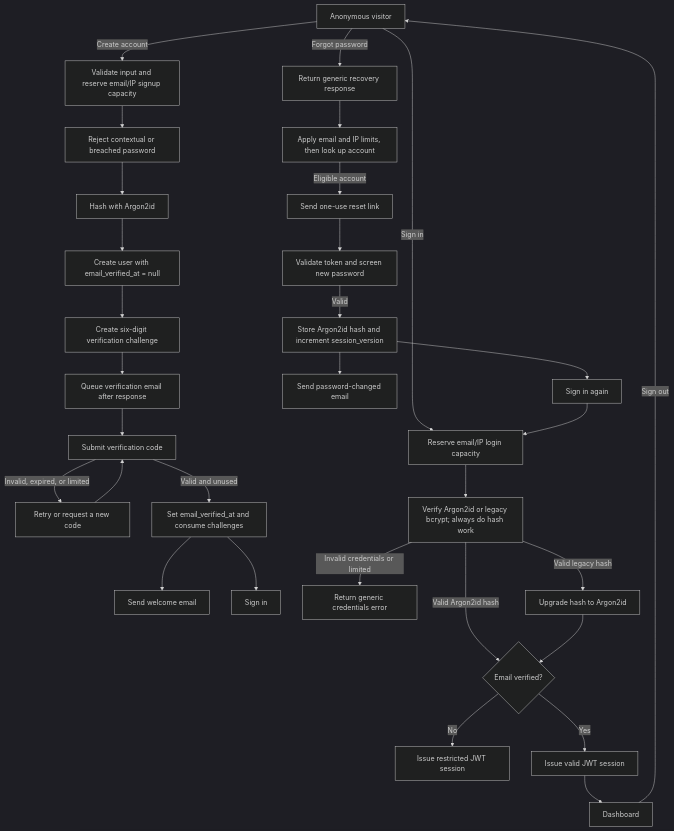
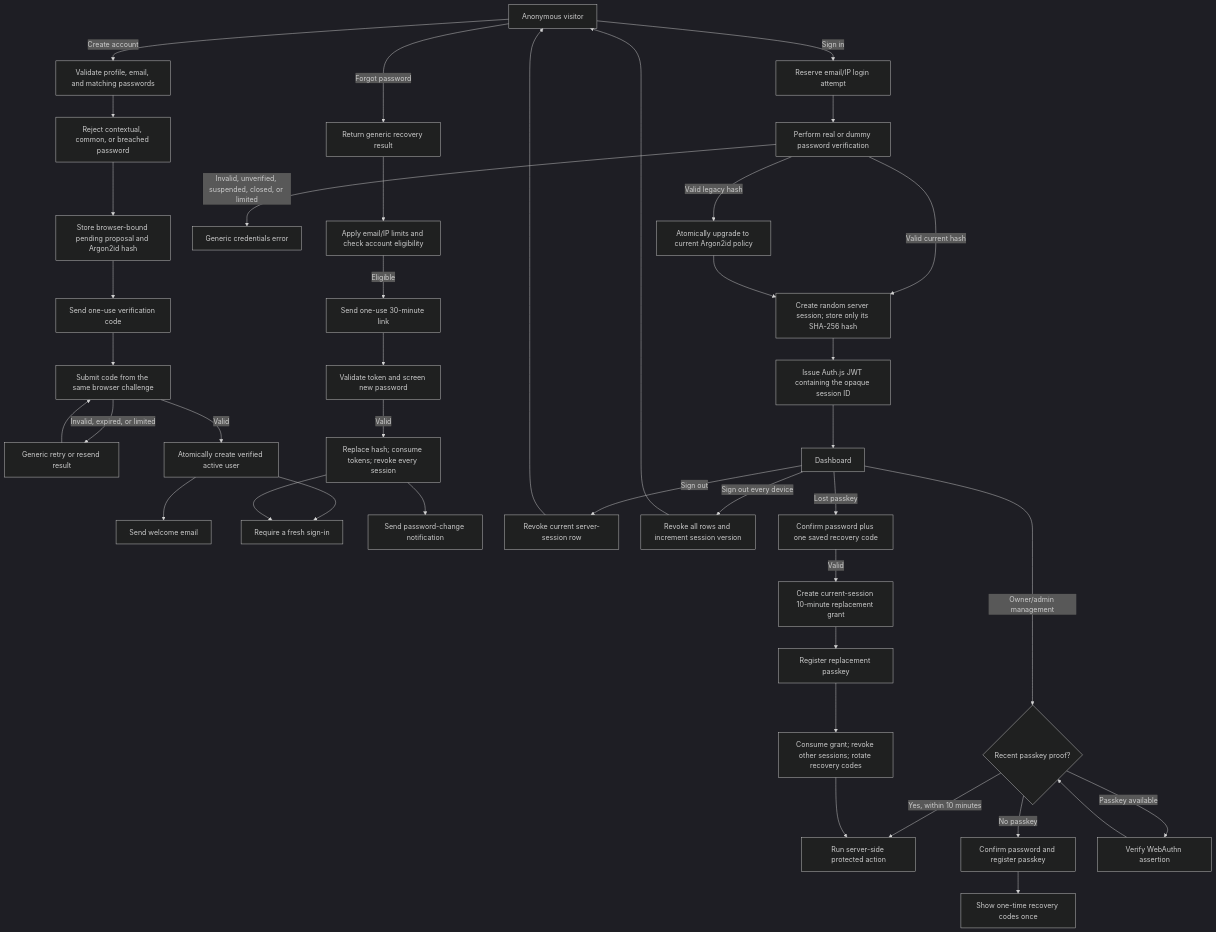
The first of 2 diagrams in docs/auth/README.md (tylerprill/woodenbridge), drawn with Mermaid (dark theme) before and after one commit. The commit also changed other lines of this file and 147 other files, not shown here.

````diff
--- a/docs/auth/README.md
+++ b/docs/auth/README.md
@@ -9,38 +10,50 @@
 ```mermaid
 flowchart TD
   Visitor["Anonymous visitor"]
 
-  Visitor -->|"Create account"| SignUp["Validate input and reserve email/IP signup capacity"]
-  SignUp --> Screen["Reject contextual or breached password"]
-  Screen --> Hash["Hash with Argon2id"]
-  Hash --> User["Create user with email_verified_at = null"]
-  User --> Challenge["Create six-digit verification challenge"]
-  Challenge --> MailCode["Queue verification email after response"]
-  MailCode --> Verify["Submit verification code"]
-  Verify -->|"Invalid, expired, or limited"| Retry["Retry or request a new code"]
+  Visitor -->|"Create account"| Signup["Validate profile, email, and matching passwords"]
+  Signup --> PasswordPolicy["Reject contextual, common, or breached password"]
+  PasswordPolicy --> Pending["Store browser-bound pending proposal and Argon2id hash"]
+  Pending --> VerificationMail["Send one-use verification code"]
+  VerificationMail --> Verify["Submit code from the same browser challenge"]
+  Verify -->|"Invalid, expired, or limited"| Retry["Generic retry or resend result"]
   Retry --> Verify
-  Verify -->|"Valid and unused"| MarkVerified["Set email_verified_at and consume challenges"]
-  MarkVerified --> Welcome["Send welcome email"]
-  MarkVerified --> LoginAgain["Sign in"]
+  Verify -->|"Valid"| Activate["Atomically create verified active user"]
+  Activate --> Welcome["Send welcome email"]
+  Activate --> LoginPage["Require a fresh sign-in"]
 
-  Visitor -->|"Sign in"| Login["Reserve email/IP login capacity"]
-  Login --> CheckPassword["Verify Argon2id or legacy bcrypt; always do hash work"]
-  CheckPassword -->|"Invalid credentials or limited"| LoginError["Return generic credentials error"]
-  CheckPassword -->|"Valid legacy hash"| MigrateHash["Upgrade hash to Argon2id"]
-  CheckPassword -->|"Valid Argon2id hash"| AccountState{"Email verified?"}
-  MigrateHash --> AccountState
-  AccountState -->|"No"| Pending["Issue restricted JWT session"]
-  AccountState -->|"Yes"| Session["Issue valid JWT session"]
-  Session --> Dashboard
+  Visitor -->|"Sign in"| Login["Reserve email/IP login attempt"]
+  Login --> CredentialCheck["Perform real or dummy password verification"]
+  CredentialCheck -->|"Invalid, unverified, suspended, closed, or limited"| GenericError["Generic credentials error"]
+  CredentialCheck -->|"Valid legacy hash"| Upgrade["Atomically upgrade to current Argon2id policy"]
+  CredentialCheck -->|"Valid current hash"| ServerSession["Create random server session; store only its SHA-256 hash"]
+  Upgrade --> ServerSession
+  ServerSession --> JWT["Issue Auth.js JWT containing the opaque session ID"]
+  JWT --> Dashboard["Dashboard"]
 
-  Visitor -->|"Forgot password"| Recovery["Return generic recovery response"]
-  Recovery --> Limits["Apply email and IP limits, then look up account"]
-  Limits -->|"Eligible account"| ResetMail["Send one-use reset link"]
+  Visitor -->|"Forgot password"| ResetRequest["Return generic recovery result"]
+  ResetRequest --> ResetLimits["Apply email/IP limits and check account eligibility"]
+  ResetLimits -->|"Eligible"| ResetMail["Send one-use 30-minute link"]
   ResetMail --> Reset["Validate token and screen new password"]
-  Reset -->|"Valid"| Revoke["Store Argon2id hash and increment session_version"]
-  Revoke --> ChangedMail["Send password-changed email"]
-  Revoke --> LoginAfterReset["Sign in again"]
-  LoginAfterReset --> Login
+  Reset -->|"Valid"| ResetCommit["Replace hash; consume tokens; revoke every session"]
+  ResetCommit --> ChangedMail["Send password-change notification"]
+  ResetCommit --> LoginPage
 
-  Dashboard -->|"Sign out"| Visitor
+  Dashboard -->|"Sign out"| RevokeCurrent["Revoke current server-session row"]
+  Dashboard -->|"Sign out every device"| RevokeAll["Revoke all rows and increment session version"]
+  RevokeCurrent --> Visitor
+  RevokeAll --> Visitor
+
+  Dashboard -->|"Owner/admin management"| StepUp{"Recent passkey proof?"}
+  StepUp -->|"Yes, within 10 minutes"| Protected["Run server-side protected action"]
+  StepUp -->|"No passkey"| Enroll["Confirm password and register passkey"]
+  StepUp -->|"Passkey available"| Assert["Verify WebAuthn assertion"]
+  Assert --> StepUp
+  Enroll --> Codes["Show one-time recovery codes once"]
+
+  Dashboard -->|"Lost passkey"| Recover["Confirm password plus one saved recovery code"]
+  Recover -->|"Valid"| Grant["Create current-session 10-minute replacement grant"]
+  Grant --> Replacement["Register replacement passkey"]
+  Replacement --> RecoveryCommit["Consume grant; revoke other sessions; rotate recovery codes"]
+  RecoveryCommit --> Protected
 ```
````
